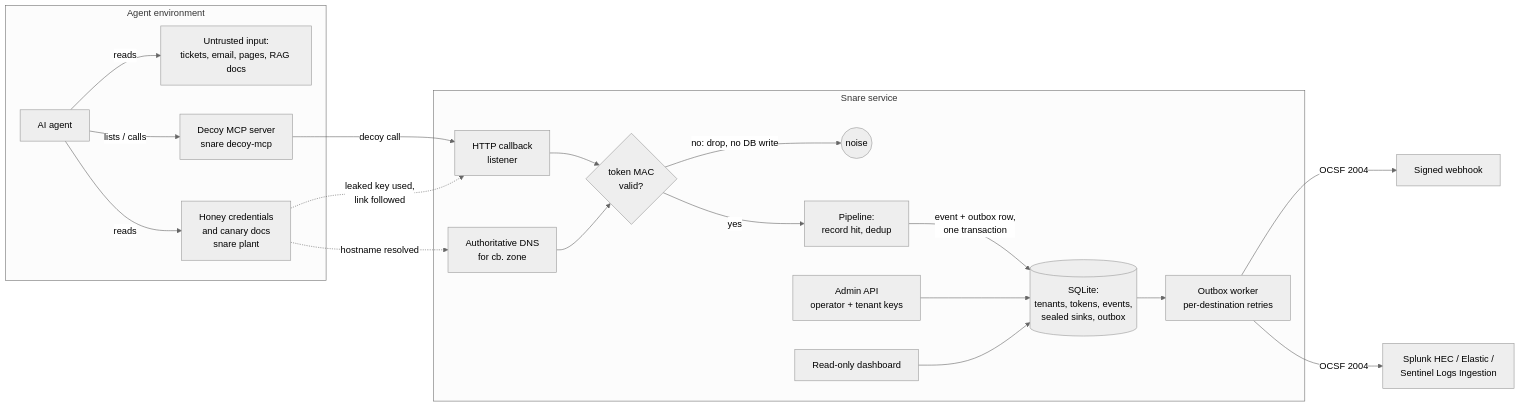
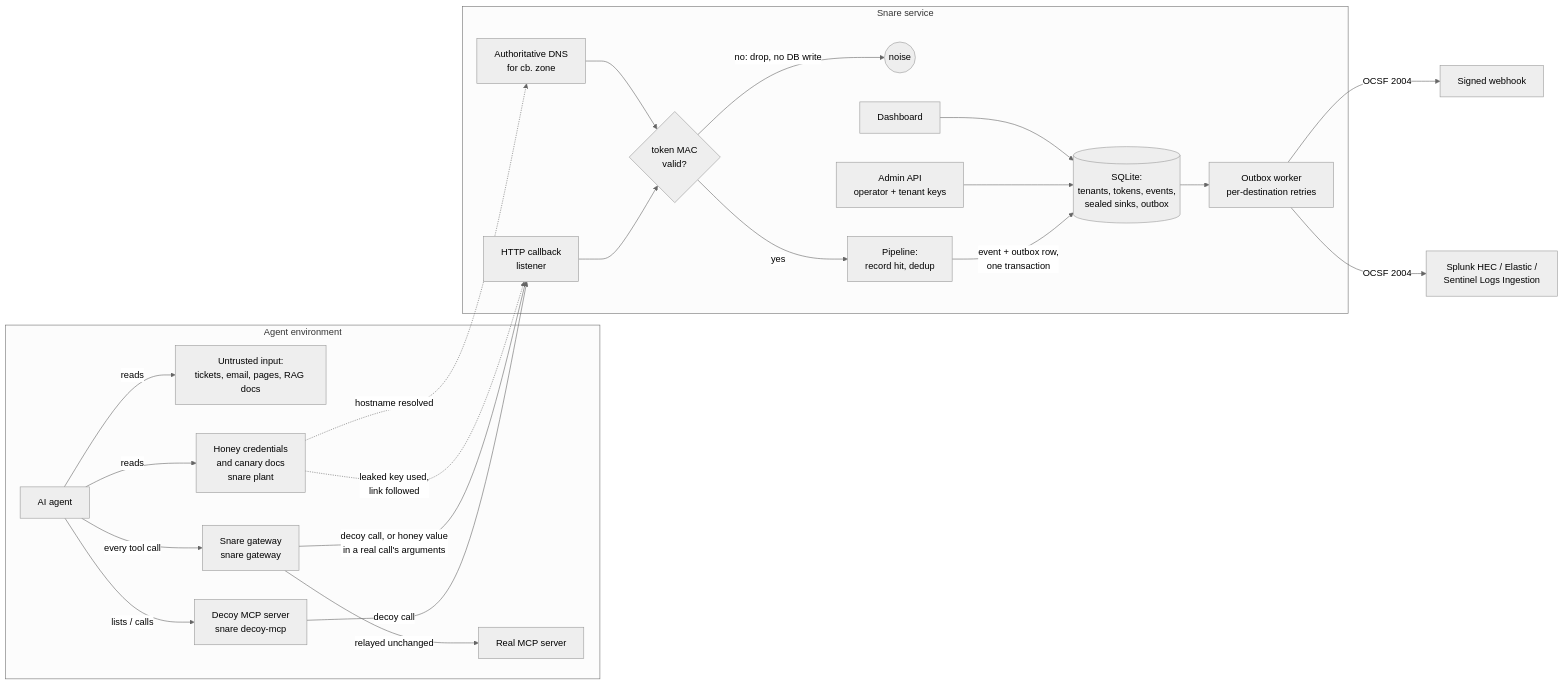
One commit to danielguillaumont/snare changed the diagram in docs/ARCHITECTURE.md. Above: the diagram before and after it, drawn with Mermaid (neutral theme). The commit also changed other lines of this file and 26 other files, not shown here.

First line of the commit message:
Snare gateway: decoys inside real MCP servers, egress detection (M6) (#24)

````diff
--- a/docs/ARCHITECTURE.md
+++ b/docs/ARCHITECTURE.md
@@ -8,26 +8,29 @@
 ```mermaid
 flowchart LR
   subgraph Agent environment
     A[AI agent] -->|reads| U[Untrusted input:<br/>tickets, email, pages, RAG docs]
     A -->|lists / calls| M[Decoy MCP server<br/>snare decoy-mcp]
+    A -->|every tool call| G[Snare gateway<br/>snare gateway]
+    G -->|relayed unchanged| R[Real MCP server]
     A -->|reads| H[Honey credentials<br/>and canary docs<br/>snare plant]
   end
 
   M -->|decoy call| CB
+  G -->|decoy call, or honey value<br/>in a real call's arguments| CB
   H -.->|leaked key used,<br/>link followed| CB
   H -.->|hostname resolved| DNS
 
   subgraph Snare service
     CB[HTTP callback<br/>listener] --> V{token MAC<br/>valid?}
     DNS[Authoritative DNS<br/>for cb. zone] --> V
     V -->|no: drop, no DB write| X((noise))
     V -->|yes| P[Pipeline:<br/>record hit, dedup]
     P -->|event + outbox row,<br/>one transaction| S[(SQLite:<br/>tenants, tokens, events,<br/>sealed sinks, outbox)]
     S --> D[Outbox worker<br/>per-destination retries]
     API[Admin API<br/>operator + tenant keys] --> S
-    UI[Read-only dashboard] --> S
+    UI[Dashboard] --> S
   end
 
   D -->|OCSF 2004| W[Signed webhook]
   D -->|OCSF 2004| SIEM[Splunk HEC / Elastic /<br/>Sentinel Logs Ingestion]
 ```
````
